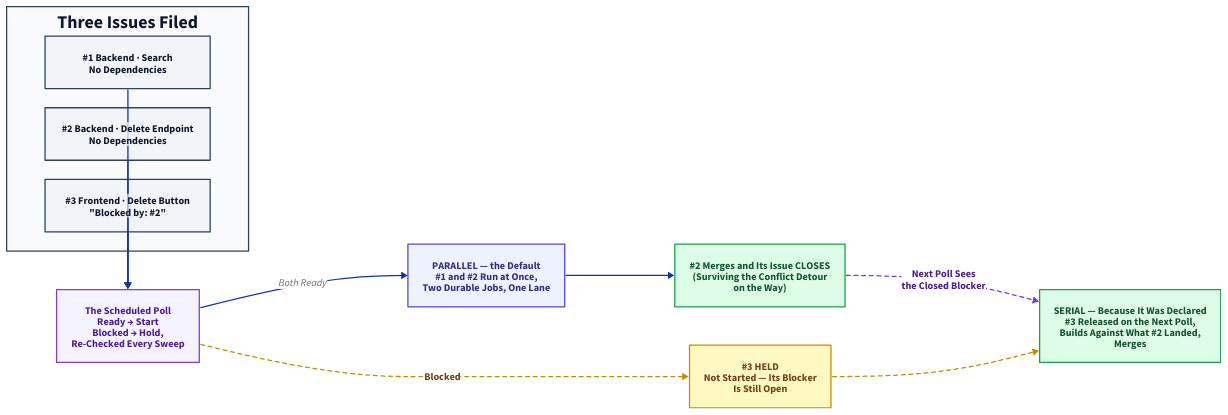
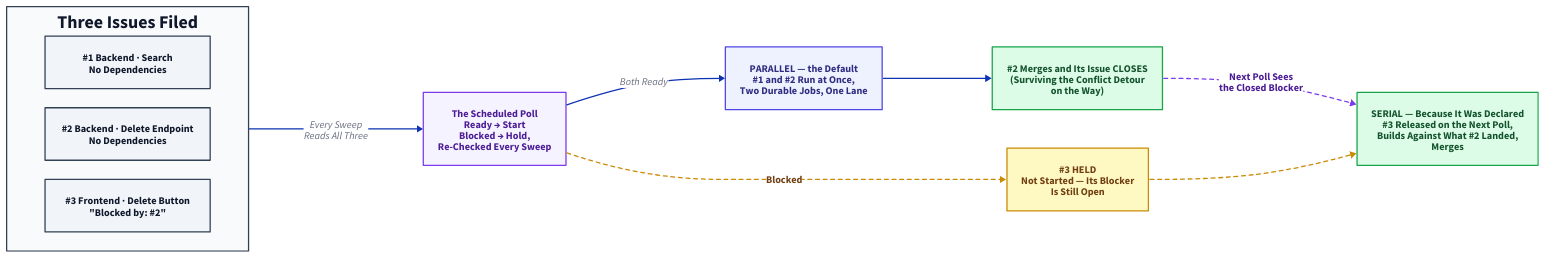
Before and after one commit to thumarrushik/crash-proof-team-of-coding-agents: the diagram in assets/diagram-src/two-speeds.d2, drawn with D2. The commit also changed 11 other files, not shown here.

Commit message:
Review sweep: three diagram overlaps fixed, boundary-method figures attributed honestly, economics footnote wording corrected, two duplicated passages reworded

```diff
--- a/assets/diagram-src/two-speeds.d2
+++ b/assets/diagram-src/two-speeds.d2
@@ -1,49 +1,47 @@
 # The two speeds of the pipeline: parallel is the default, serial is declared.
 # Three issues: two independent backend issues run at once; a frontend issue
 # that declared "Blocked by: #2" is held on every sweep until #2 CLOSES.
 direction: right
 horizontal-gap: 100
 
 issues: "Three Issues Filed" {
   grid-columns: 1
   vertical-gap: 30
   style: {fill: "#f8fafc"; stroke: "#334155"; font-color: "#0f172a"; bold: true}
   one: "#1 Backend · Search\nNo Dependencies" {
     style: {fill: "#f1f5f9"; stroke: "#334155"; font-color: "#0f172a"}
   }
   two: "#2 Backend · Delete Endpoint\nNo Dependencies" {
     style: {fill: "#f1f5f9"; stroke: "#334155"; font-color: "#0f172a"}
   }
   three: "#3 Frontend · Delete Button\n\"Blocked by: #2\"" {
     style: {fill: "#f1f5f9"; stroke: "#334155"; font-color: "#0f172a"}
   }
 }
 
 poll: "The Scheduled Poll\nReady → Start\nBlocked → Hold,\nRe-Checked Every Sweep" {
   style: {fill: "#f5f3ff"; stroke: "#7c3aed"; font-color: "#4c1d95"; bold: true}
 }
 
 parallel: "PARALLEL — the Default\n#1 and #2 Run at Once,\nTwo Durable Jobs, One Lane" {
   style: {fill: "#eef2ff"; stroke: "#4f46e5"; font-color: "#312e81"; bold: true}
 }
 
 held: "#3 HELD\nNot Started — Its Blocker\nIs Still Open" {
   style: {fill: "#fef9c3"; stroke: "#ca8a04"; font-color: "#713f12"; bold: true}
 }
 
 closed: "#2 Merges and Its Issue CLOSES\n(Surviving the Conflict Detour\non the Way)" {
   style: {fill: "#dcfce7"; stroke: "#16a34a"; font-color: "#14532d"; bold: true}
 }
 
 released: "SERIAL — Because It Was Declared\n#3 Released on the Next Poll,\nBuilds Against What #2 Landed,\nMerges" {
   style: {fill: "#dcfce7"; stroke: "#16a34a"; font-color: "#14532d"; bold: true}
 }
 
-issues.one -> poll
-issues.two -> poll
-issues.three -> poll
+issues -> poll: "Every Sweep\nReads All Three"
 poll -> parallel: "Both Ready"
 poll -> held: "Blocked" {style: {stroke-dash: 3; stroke: "#ca8a04"; font-color: "#713f12"; bold: true}}
 parallel -> closed
 closed -> released: "Next Poll Sees\nthe Closed Blocker" {style: {stroke-dash: 3; stroke: "#7c3aed"; font-color: "#4c1d95"; bold: true}}
 held -> released: "" {style: {stroke-dash: 3; stroke: "#ca8a04"}}
```
